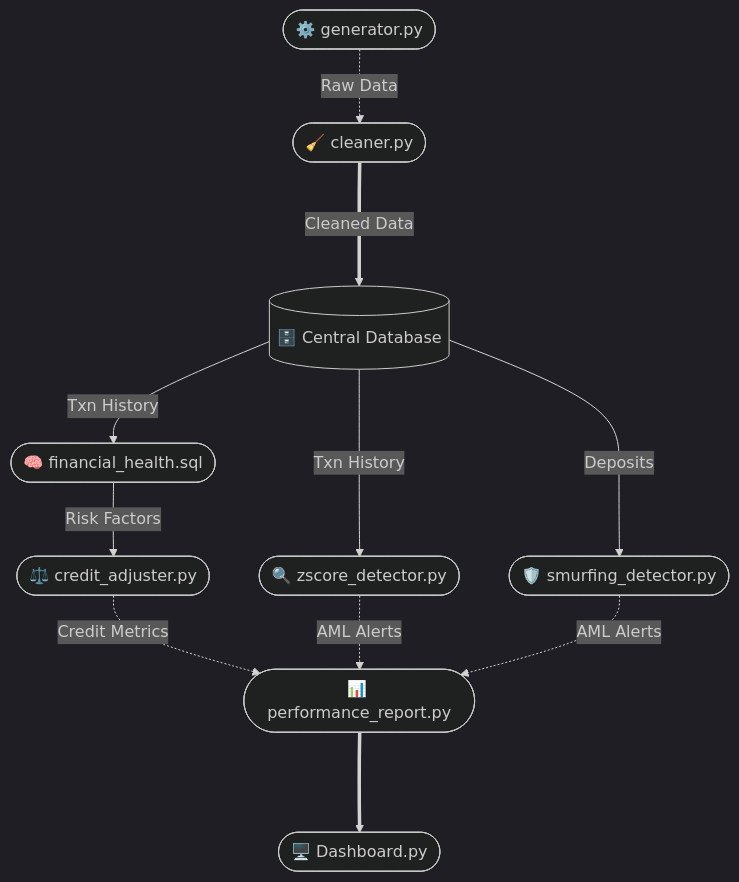
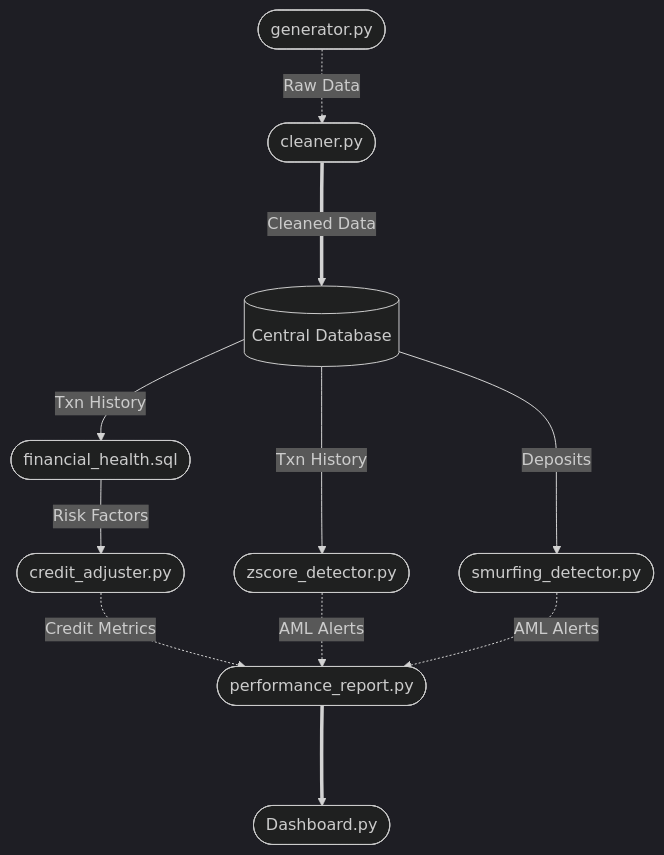
One commit to moisesvarelalopez/fintech-risk-engine changed the diagram in README.md. Above: the diagram before and after it, drawn with Mermaid (dark theme).

Commit message:
docs: use serious technical diagram look without emojis

````diff
--- a/README.md
+++ b/README.md
@@ -17,22 +17,22 @@
 ```mermaid
 flowchart TD
     %% Ingestion
-    A(["⚙️ generator.py"]) -.->|"Raw Data"| B(["🧹 cleaner.py"])
+    A(["generator.py"]) -.->|"Raw Data"| B(["cleaner.py"])
     
     %% Storage
-    B ===>|"Cleaned Data"| DB[("🗄️ Central Database")]
+    B ===>|"Cleaned Data"| DB[("Central Database")]
     
     %% Processing Branches
-    DB -->|"Txn History"| C(["🧠 financial_health.sql"])
-    C -->|"Risk Factors"| D(["⚖️ credit_adjuster.py"])
+    DB -->|"Txn History"| C(["financial_health.sql"])
+    C -->|"Risk Factors"| D(["credit_adjuster.py"])
     
-    DB -->|"Txn History"| E(["🔍 zscore_detector.py"])
-    DB -->|"Deposits"| F(["🛡️ smurfing_detector.py"])
+    DB -->|"Txn History"| E(["zscore_detector.py"])
+    DB -->|"Deposits"| F(["smurfing_detector.py"])
     
     %% Reporting
-    D -.->|"Credit Metrics"| R(["📊 performance_report.py"])
+    D -.->|"Credit Metrics"| R(["performance_report.py"])
     E -.->|"AML Alerts"| R
     F -.->|"AML Alerts"| R
     
-    R ===> Dash(["🖥️ Dashboard.py"])
+    R ===> Dash(["Dashboard.py"])
 ```
````
